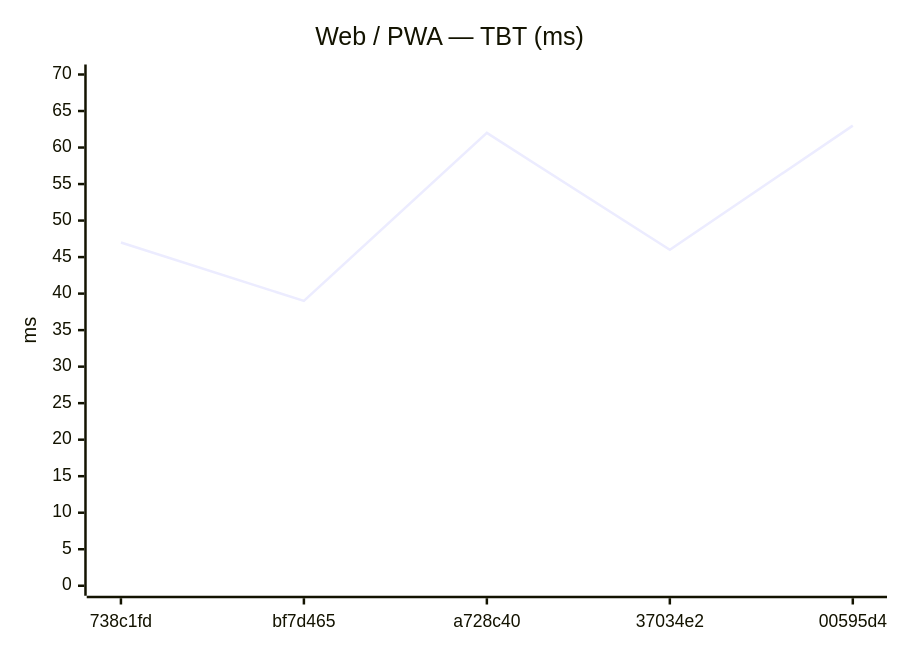
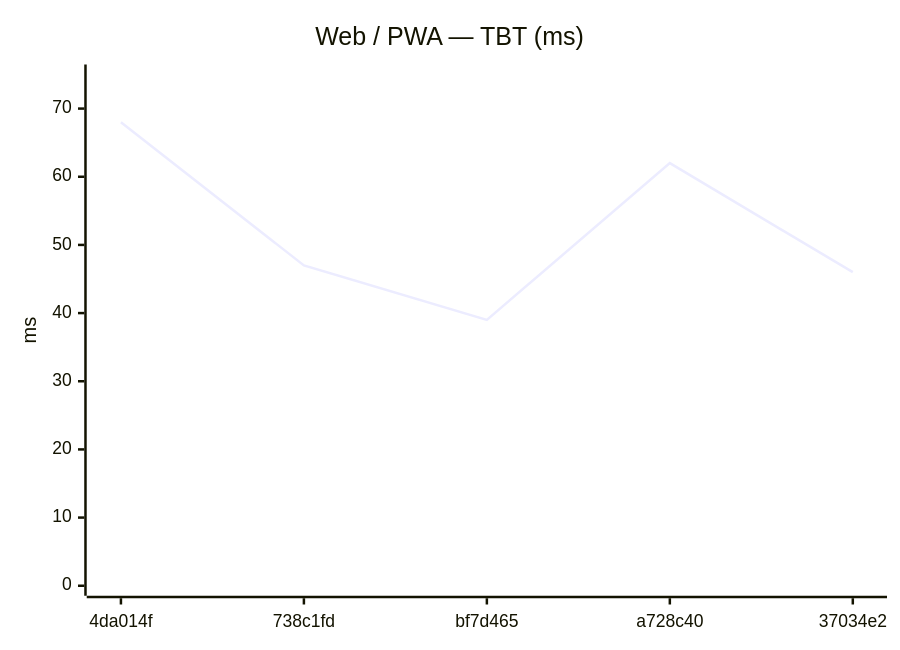
The tenth of 24 diagrams in benchmarks/compare.md (Metaheurist/Rianell), drawn with Mermaid before and after one commit. The commit also changed other lines of this file and 13 other files, not shown here.

````diff
--- a/benchmarks/compare.md
+++ b/benchmarks/compare.md
@@ -151,7 +151,7 @@
 ```mermaid
 xychart-beta
     title "Web / PWA — TBT (ms)"
-    x-axis ["738c1fd", "bf7d465", "a728c40", "37034e2", "00595d4"]
-    y-axis "ms" 0 --> 70
-    line [47, 39, 62, 46, 63]
+    x-axis ["4da014f", "738c1fd", "bf7d465", "a728c40", "37034e2"]
+    y-axis "ms" 0 --> 75
+    line [68, 47, 39, 62, 46]
 ```
````
